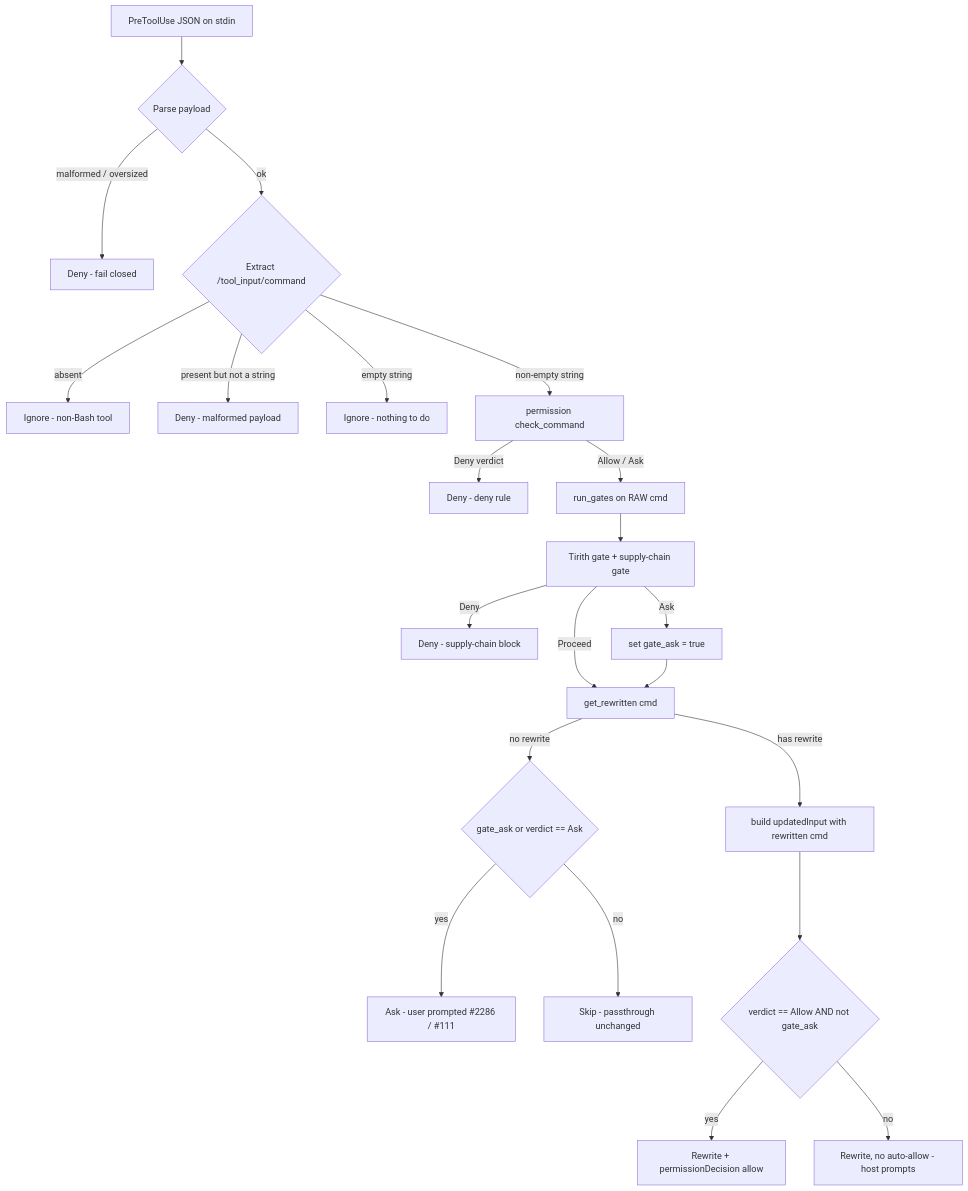
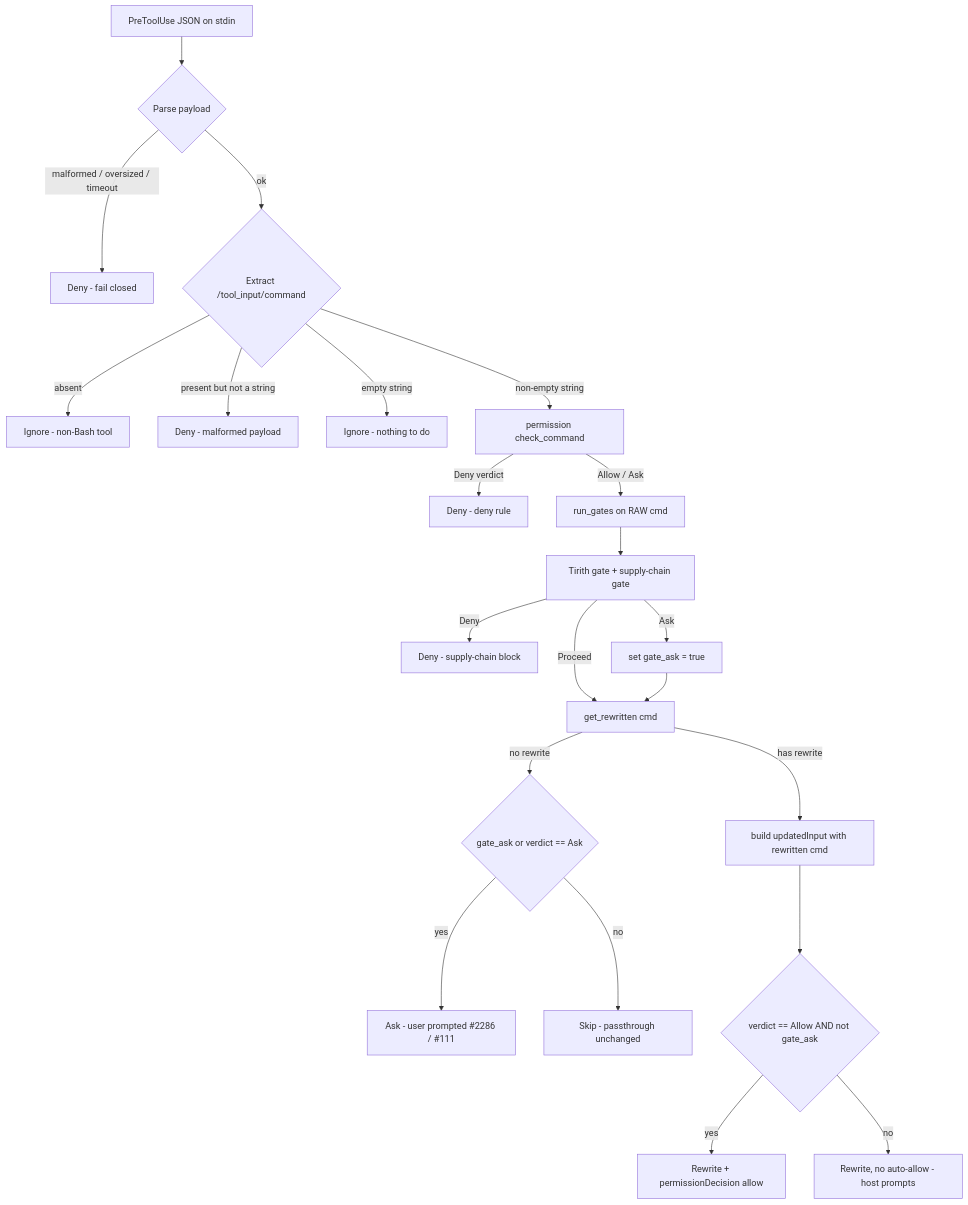
Before and after one commit to thehoff/contextcrawler: the second of 2 diagrams in docs/guide/architecture.md, drawn with Mermaid. The commit also changed other lines of this file and 2 other files, not shown here.

````diff
--- a/docs/guide/architecture.md
+++ b/docs/guide/architecture.md
@@ -107,24 +111,24 @@
 ```mermaid
 flowchart TD
     A[PreToolUse JSON on stdin] --> B{Parse payload}
-    B -- malformed / oversized --> DENY1[Deny - fail closed]
+    B -- malformed / oversized / timeout --> DENY1[Deny - fail closed]
     B -- ok --> C{Extract /tool_input/command}
     C -- absent --> IGN1[Ignore - non-Bash tool]
     C -- present but not a string --> DENY2[Deny - malformed payload]
     C -- empty string --> IGN2[Ignore - nothing to do]
     C -- non-empty string --> D[permission check_command]
     D -- Deny verdict --> DENY3[Deny - deny rule]
     D -- Allow / Ask --> E[run_gates on RAW cmd]
     E --> F[Tirith gate + supply-chain gate]
     F -- Deny --> DENY4[Deny - supply-chain block]
     F -- Ask --> G[set gate_ask = true]
     F -- Proceed --> H[get_rewritten cmd]
     G --> H
     H -- no rewrite --> I{gate_ask or verdict == Ask}
     I -- yes --> ASK[Ask - user prompted #2286 / #111]
     I -- no --> SKIP[Skip - passthrough unchanged]
     H -- has rewrite --> J[build updatedInput with rewritten cmd]
     J --> K{verdict == Allow AND not gate_ask}
     K -- yes --> ALLOW[Rewrite + permissionDecision allow]
     K -- no --> ASKR[Rewrite, no auto-allow - host prompts]
 ```
````
